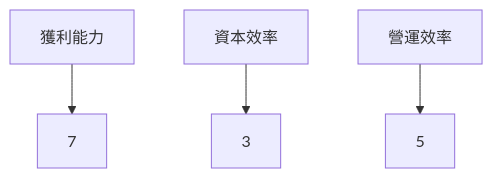
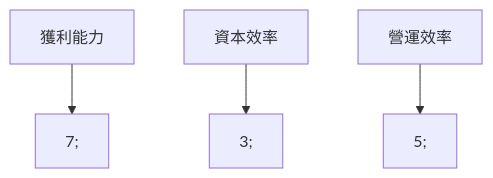
The eighth of 11 diagrams in ai_gen_report/stock/pl/fundamental_analysis_2026-03-27_openai.md (yennanliu/finance_data), drawn with Mermaid before and after one commit. The commit also changed other lines of this file and 2258 other files, not shown here.

First line of the commit message:
chore: backfill Mermaid syntax repair across existing reports

````diff
--- a/ai_gen_report/stock/pl/fundamental_analysis_2026-03-27_openai.md
+++ b/ai_gen_report/stock/pl/fundamental_analysis_2026-03-27_openai.md
@@ -245,6 +245,6 @@
 ```mermaid
 graph TD;
-    獲利能力-->7;
-    資本效率-->3;
-    營運效率-->5;
+    獲利能力 --> nb1["7;"]
+    資本效率 --> nb2["3;"]
+    營運效率 --> nb3["5;"]
 ```
````
